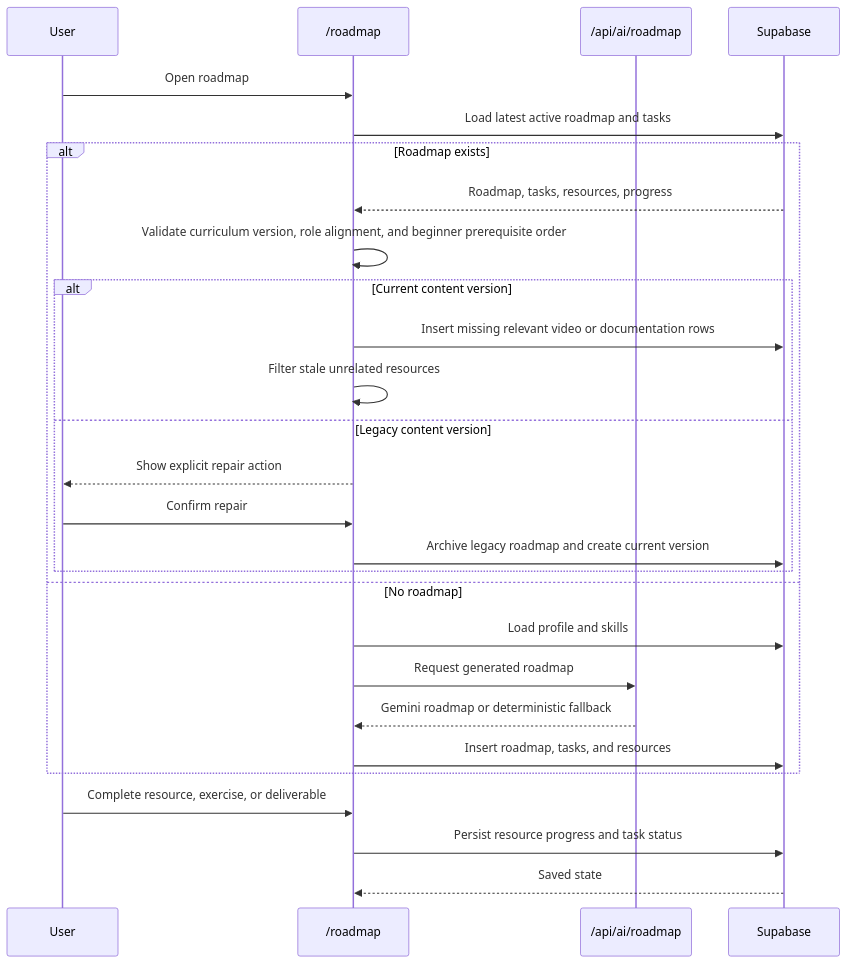
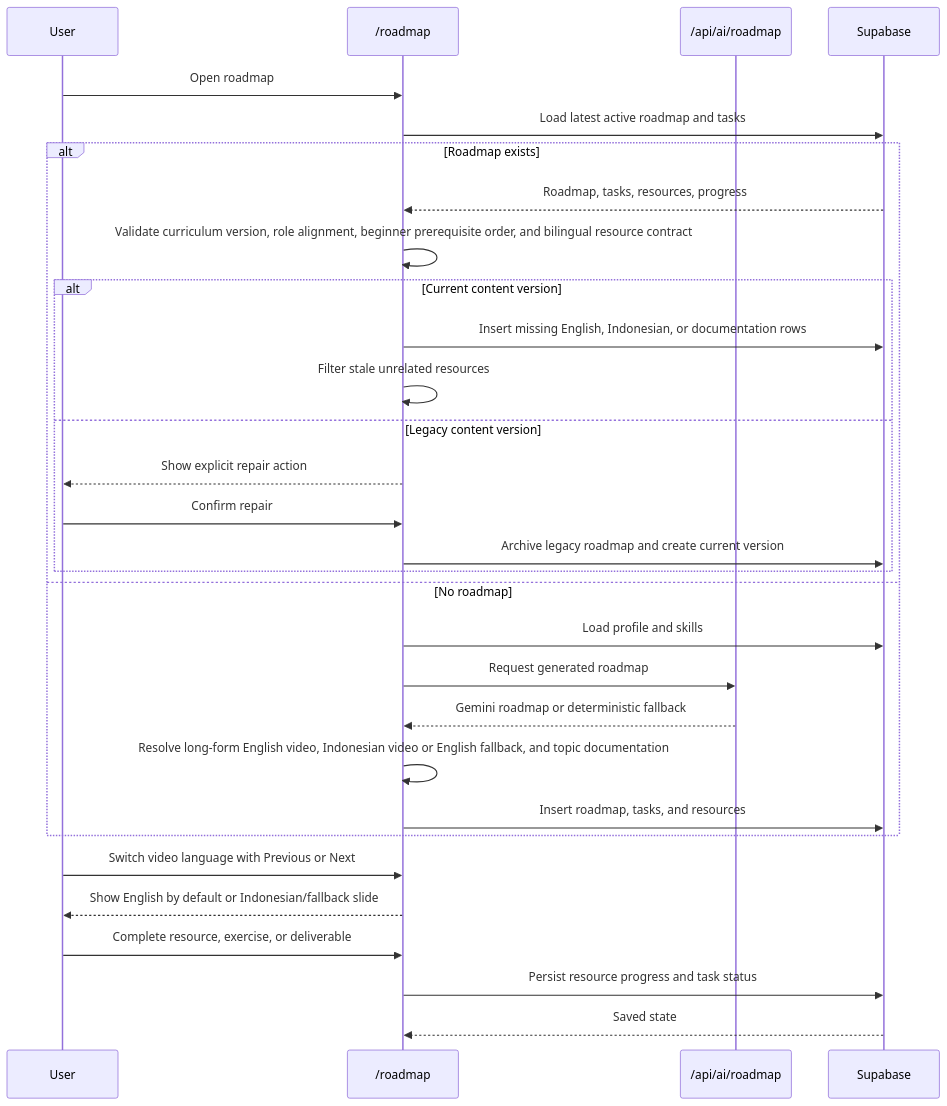
One commit to Sutannn13/Skill-Path-AI changed the sixth of 8 diagrams in docs/flow-overview.md. Above: the diagram before and after it, drawn with Mermaid. The commit also changed 46 other files, not shown here.

````diff
--- a/docs/flow-overview.md
+++ b/docs/flow-overview.md
@@ -81,30 +81,33 @@
 ```mermaid
 sequenceDiagram
   participant User
   participant Page as /roadmap
   participant API as /api/ai/roadmap
   participant DB as Supabase
 
   User->>Page: Open roadmap
   Page->>DB: Load latest active roadmap and tasks
   alt Roadmap exists
     DB-->>Page: Roadmap, tasks, resources, progress
-    Page->>Page: Validate curriculum version, role alignment, and beginner prerequisite order
-    alt Current content version
-      Page->>DB: Insert missing relevant video or documentation rows
-      Page->>Page: Filter stale unrelated resources
+      Page->>Page: Validate curriculum version, role alignment, beginner prerequisite order, and bilingual resource contract
+      alt Current content version
+        Page->>DB: Insert missing English, Indonesian, or documentation rows
+        Page->>Page: Filter stale unrelated resources
     else Legacy content version
       Page-->>User: Show explicit repair action
       User->>Page: Confirm repair
       Page->>DB: Archive legacy roadmap and create current version
     end
   else No roadmap
     Page->>DB: Load profile and skills
     Page->>API: Request generated roadmap
     API-->>Page: Gemini roadmap or deterministic fallback
+    Page->>Page: Resolve long-form English video, Indonesian video or English fallback, and topic documentation
     Page->>DB: Insert roadmap, tasks, and resources
   end
+  User->>Page: Switch video language with Previous or Next
+  Page-->>User: Show English by default or Indonesian/fallback slide
   User->>Page: Complete resource, exercise, or deliverable
   Page->>DB: Persist resource progress and task status
   DB-->>Page: Saved state
 ```
````
